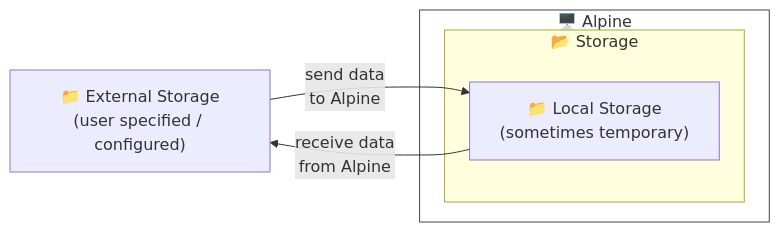
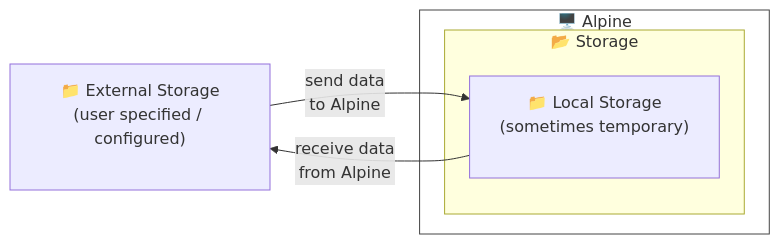
Before and after one commit to CU-DBMI/set-website: the sixth of 8 diagrams in _posts/2023-07-07-Using-Python-and-Anaconda-with-the-Alpine-HPC-Cluster.md, drawn with Mermaid. The commit also changed other lines of this file, not shown here.

Commit message:
use breaks to render mermaid properly

````diff
--- a/_posts/2023-07-07-Using-Python-and-Anaconda-with-the-Alpine-HPC-Cluster.md
+++ b/_posts/2023-07-07-Using-Python-and-Anaconda-with-the-Alpine-HPC-Cluster.md
@@ -236,14 +236,14 @@
 ```mermaid!
 flowchart LR
-    externalstorage["📁 External Storage\n(user specified / configured)"]
-    subgraph alpine["🖥️ Alpine"]
-        subgraph storage["📂 Storage"]
-            localstorage["📁 Local Storage\n(sometimes temporary)"]
+    externalstorage["📁 External Storage\n(user specified / configured)<br/><br/>"]
+    subgraph alpine["🖥️ Alpine<br/><br/>"]
+        subgraph storage["📂 Storage<br/><br/>"]
+            localstorage["📁 Local Storage\n(sometimes temporary)<br/><br/>"]
         end
     end
 
     externalstorage --> | send data\nto Alpine | localstorage
     localstorage --> | receive data\nfrom Alpine | externalstorage
 
 style alpine fill:#ffffff,stroke:#444444;
 ```
````
